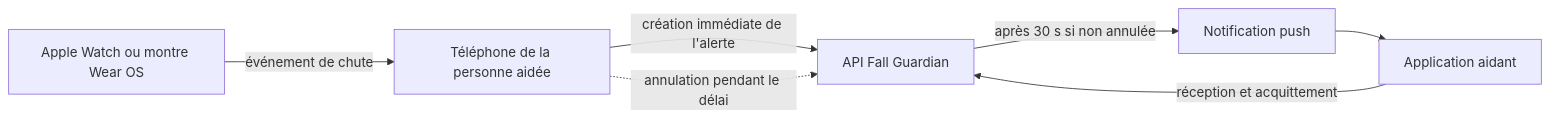
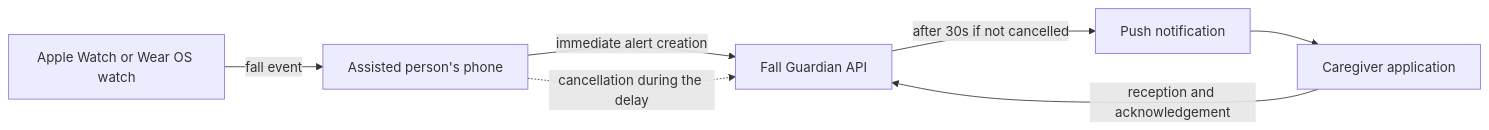
The first of 2 diagrams in docs/SYSTEM_OVERVIEW.md (thlaure/Fall-Guardian), drawn with Mermaid before and after one commit. The commit also changed other lines of this file and 2 other files, not shown here.

First line of the commit message:
docs(monorepo): translate handoff/architecture docs to English

````diff
--- a/docs/SYSTEM_OVERVIEW.md
+++ b/docs/SYSTEM_OVERVIEW.md
@@ -42,9 +46,9 @@
 ```mermaid
 flowchart LR
-    W["Apple Watch ou montre Wear OS"] -->|"événement de chute"| P["Téléphone de la personne aidée"]
-    P -->|"création immédiate de l'alerte"| API["API Fall Guardian"]
-    P -.->|"annulation pendant le délai"| API
-    API -->|"après 30 s si non annulée"| PUSH["Notification push"]
-    PUSH --> C["Application aidant"]
-    C -->|"réception et acquittement"| API
+    W["Apple Watch or Wear OS watch"] -->|"fall event"| P["Assisted person's phone"]
+    P -->|"immediate alert creation"| API["Fall Guardian API"]
+    P -.->|"cancellation during the delay"| API
+    API -->|"after 30s if not cancelled"| PUSH["Push notification"]
+    PUSH --> C["Caregiver application"]
+    C -->|"reception and acknowledgement"| API
 ```
````
